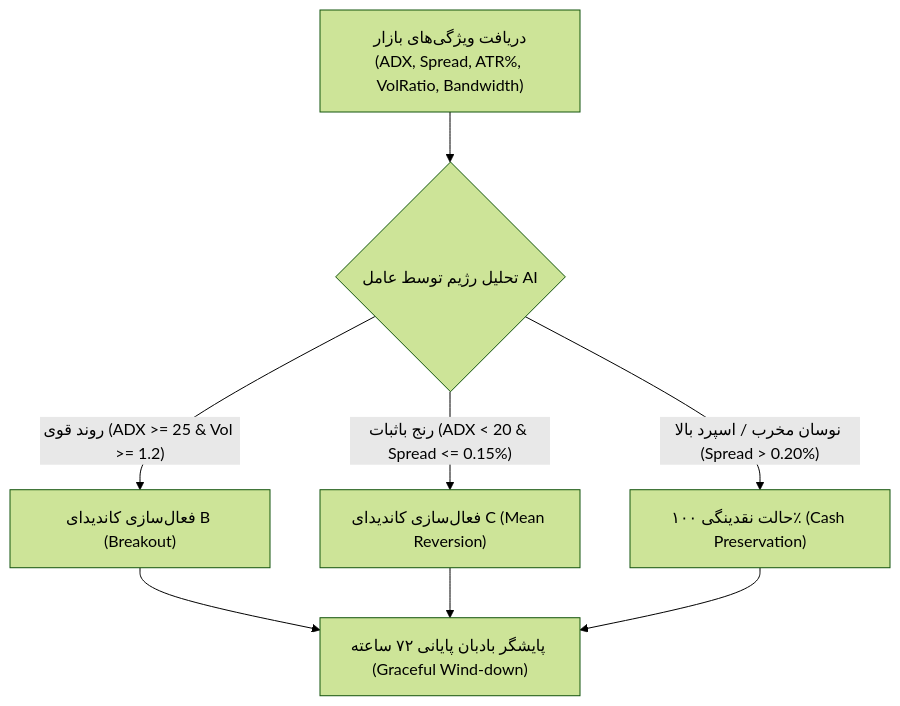
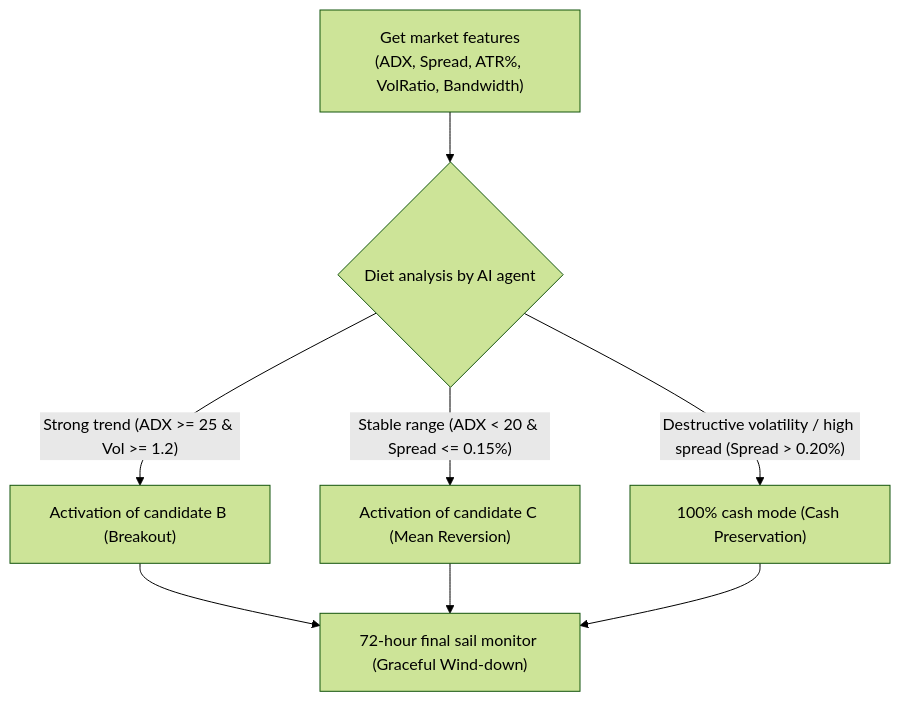
One commit to AliFazelniya/wallextrade changed the diagram in docs/PHASE22_STRATEGY_CANDIDATES.md. Above: the diagram before and after it, drawn with Mermaid (forest theme). The commit also changed other lines of this file and 81 other files, not shown here.

Commit message:
Enhance Wallex API documentation, improve trading algorithms with volatility adjustments, add Kaufman's Efficiency Ratio indicator, and create AI video generation prompts for Starcoach Hackathon.

````diff
--- a/docs/PHASE22_STRATEGY_CANDIDATES.md
+++ b/docs/PHASE22_STRATEGY_CANDIDATES.md
@@ -83,10 +83,10 @@
 ```mermaid
 flowchart TD
-    A["دریافت ویژگی‌های بازار\n(ADX, Spread, ATR%, VolRatio, Bandwidth)"] --> B{"تحلیل رژیم توسط عامل AI"}
-    B -- "روند قوی (ADX >= 25 & Vol >= 1.2)" --> C["فعال‌سازی کاندیدای B (Breakout)"]
-    B -- "رنج باثبات (ADX < 20 & Spread <= 0.15%)" --> D["فعال‌سازی کاندیدای C (Mean Reversion)"]
-    B -- "نوسان مخرب / اسپرد بالا (Spread > 0.20%)" --> E["حالت نقدینگی ۱۰۰٪ (Cash Preservation)"]
-    C --> F["پایشگر بادبان پایانی ۷۲ ساعته (Graceful Wind-down)"]
+    A["Get market features\n(ADX, Spread, ATR%, VolRatio, Bandwidth)"] --> B{"Diet analysis by AI agent"}
+    B -- "Strong trend (ADX >= 25 & Vol >= 1.2)" --> C["Activation of candidate B (Breakout)"]
+    B -- "Stable range (ADX < 20 & Spread <= 0.15%)" --> D["Activation of candidate C (Mean Reversion)"]
+    B -- "Destructive volatility / high spread (Spread > 0.20%)" --> E["100% cash mode (Cash Preservation)"]
+    C --> F["72-hour final sail monitor (Graceful Wind-down)"]
     D --> F
     E --> F
 ```
````
